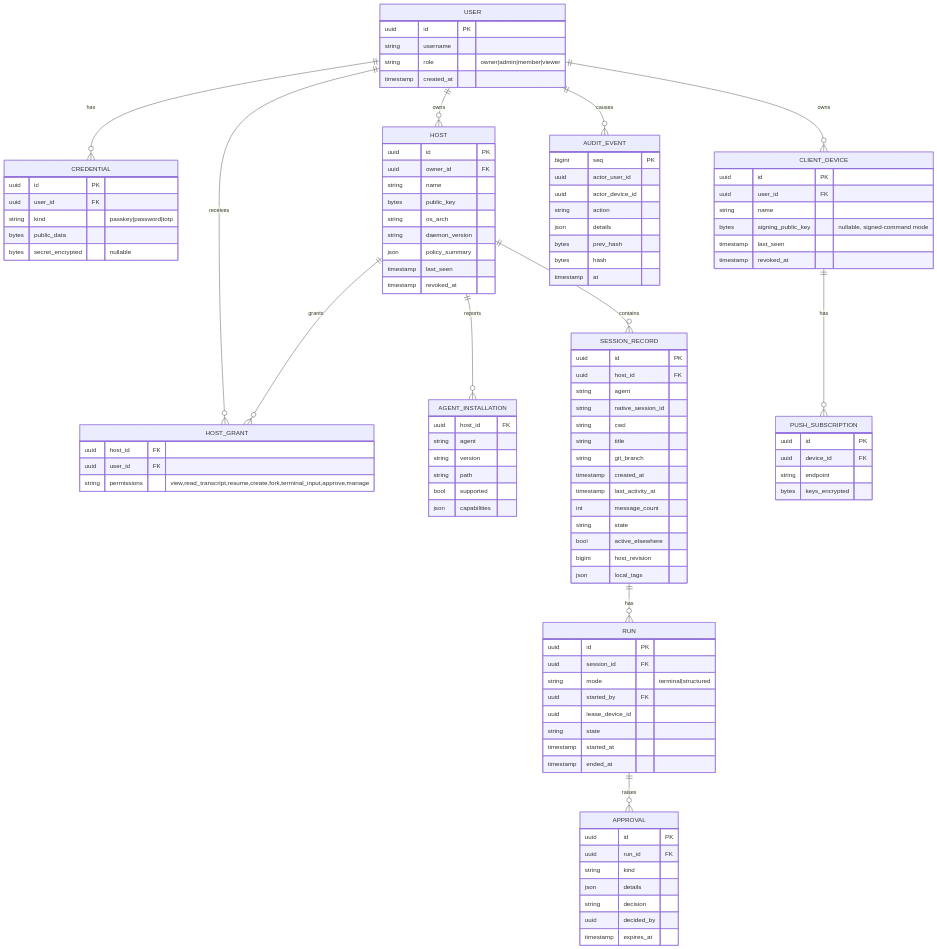
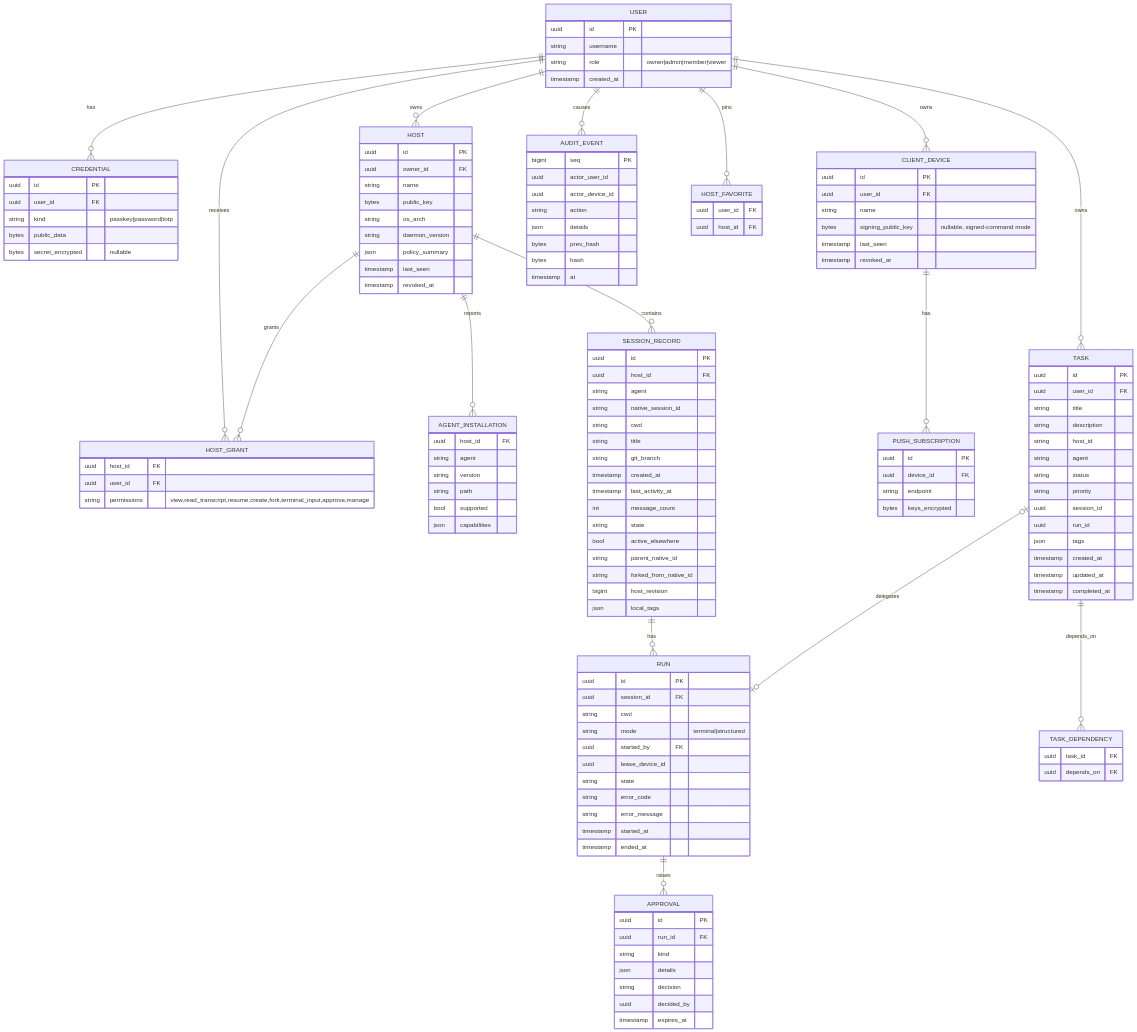
One commit to AlexanderWagnerDev/agent-nexus changed the eighth of 10 diagrams in docs/ARCHITECTURE.md. Above: the diagram before and after it, drawn with Mermaid. The commit also changed other lines of this file and 4 other files, not shown here.

First line of the commit message:
docs: record tasks, diagnostics, run limits and OpenCode 2.x support

```diff
--- a/docs/ARCHITECTURE.md
+++ b/docs/ARCHITECTURE.md
@@ -422,6 +444,10 @@
     RUN ||--o{ APPROVAL : raises
     CLIENT_DEVICE ||--o{ PUSH_SUBSCRIPTION : has
     USER ||--o{ AUDIT_EVENT : causes
+    USER ||--o{ TASK : owns
+    TASK ||--o{ TASK_DEPENDENCY : depends_on
+    TASK |o--o| RUN : delegates
+    USER ||--o{ HOST_FAVORITE : pins
 
     USER {
         uuid id PK
@@ -481,18 +507,47 @@
         int message_count
         string state
         bool active_elsewhere
+        string parent_native_id
+        string forked_from_native_id
         bigint host_revision
         json local_tags
     }
     RUN {
         uuid id PK
         uuid session_id FK
+        string cwd
         string mode "terminal|structured"
         uuid started_by FK
         uuid lease_device_id
         string state
+        string error_code
+        string error_message
         timestamp started_at
         timestamp ended_at
+    }
+    TASK {
+        uuid id PK
+        uuid user_id FK
+        string title
+        string description
+        string host_id
+        string agent
+        string status
+        string priority
+        uuid session_id
+        uuid run_id
+        json tags
+        timestamp created_at
+        timestamp updated_at
+        timestamp completed_at
+    }
+    TASK_DEPENDENCY {
+        uuid task_id FK
+        uuid depends_on FK
+    }
+    HOST_FAVORITE {
+        uuid user_id FK
+        uuid host_id FK
     }
     APPROVAL {
         uuid id PK
```
